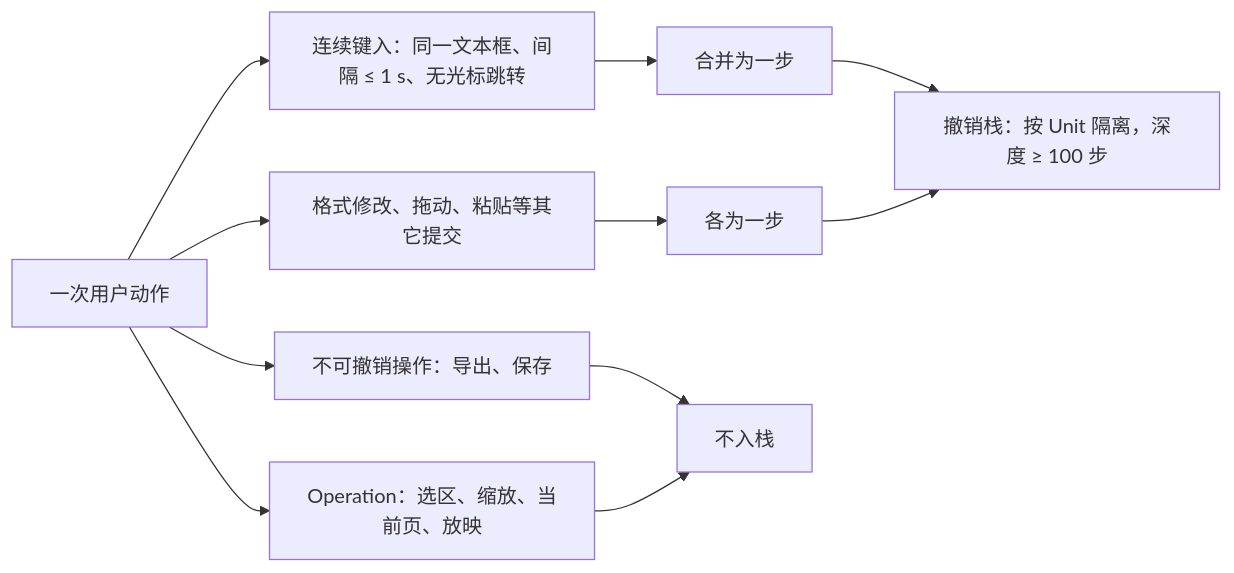
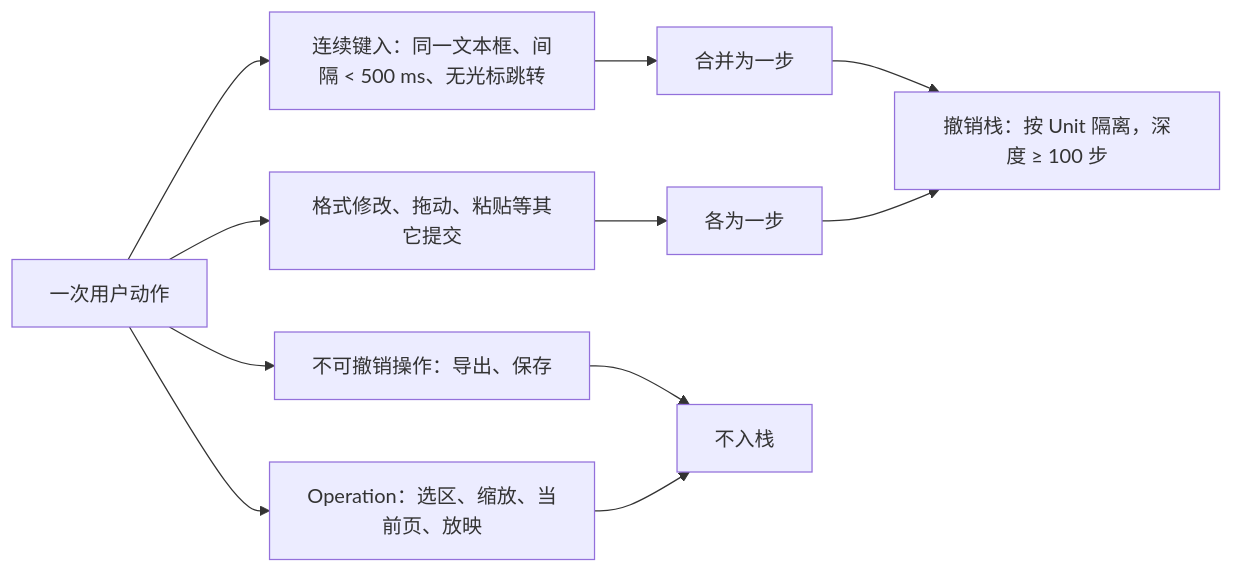
One commit to Xeonice/cordis-ppt-editor changed the third of 5 diagrams in docs/10-prd/03-features/02-editing.md. Above: the diagram before and after it, drawn with Mermaid. The commit also changed other lines of this file and 79 other files, not shown here.

````diff
--- a/docs/10-prd/03-features/02-editing.md
+++ b/docs/10-prd/03-features/02-editing.md
@@ -236,16 +236,16 @@
 ```mermaid
 flowchart LR
   ev["一次用户动作"]
-  typing["连续键入：同一文本框、间隔 ≤ 1 s、无光标跳转"]
+  typing["连续键入：同一文本框、间隔 < 500 ms、无光标跳转"]
   single["格式修改、拖动、粘贴等其它提交"]
   none["不可撤销操作：导出、保存"]
   opn["Operation：选区、缩放、当前页、放映"]
   merged["合并为一步"]
   step["各为一步"]
   stack["撤销栈：按 Unit 隔离，深度 ≥ 100 步"]
   out["不入栈"]
   ev --> typing --> merged --> stack
   ev --> single --> step --> stack
   ev --> none --> out
   ev --> opn --> out
 ```
````
